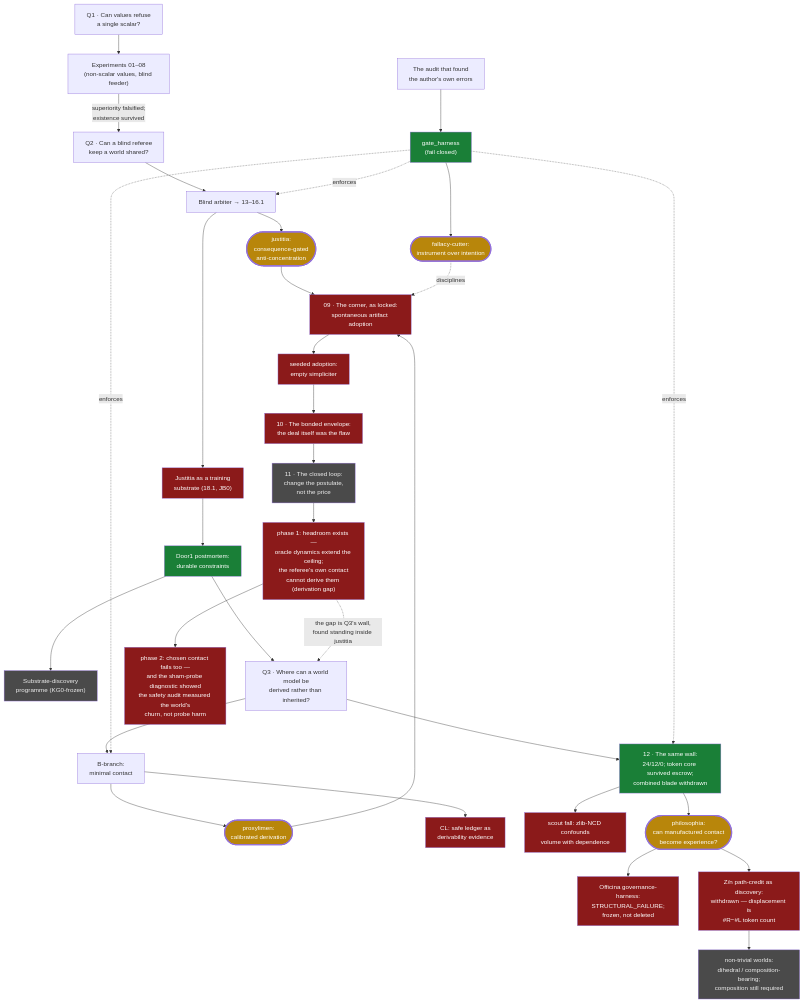
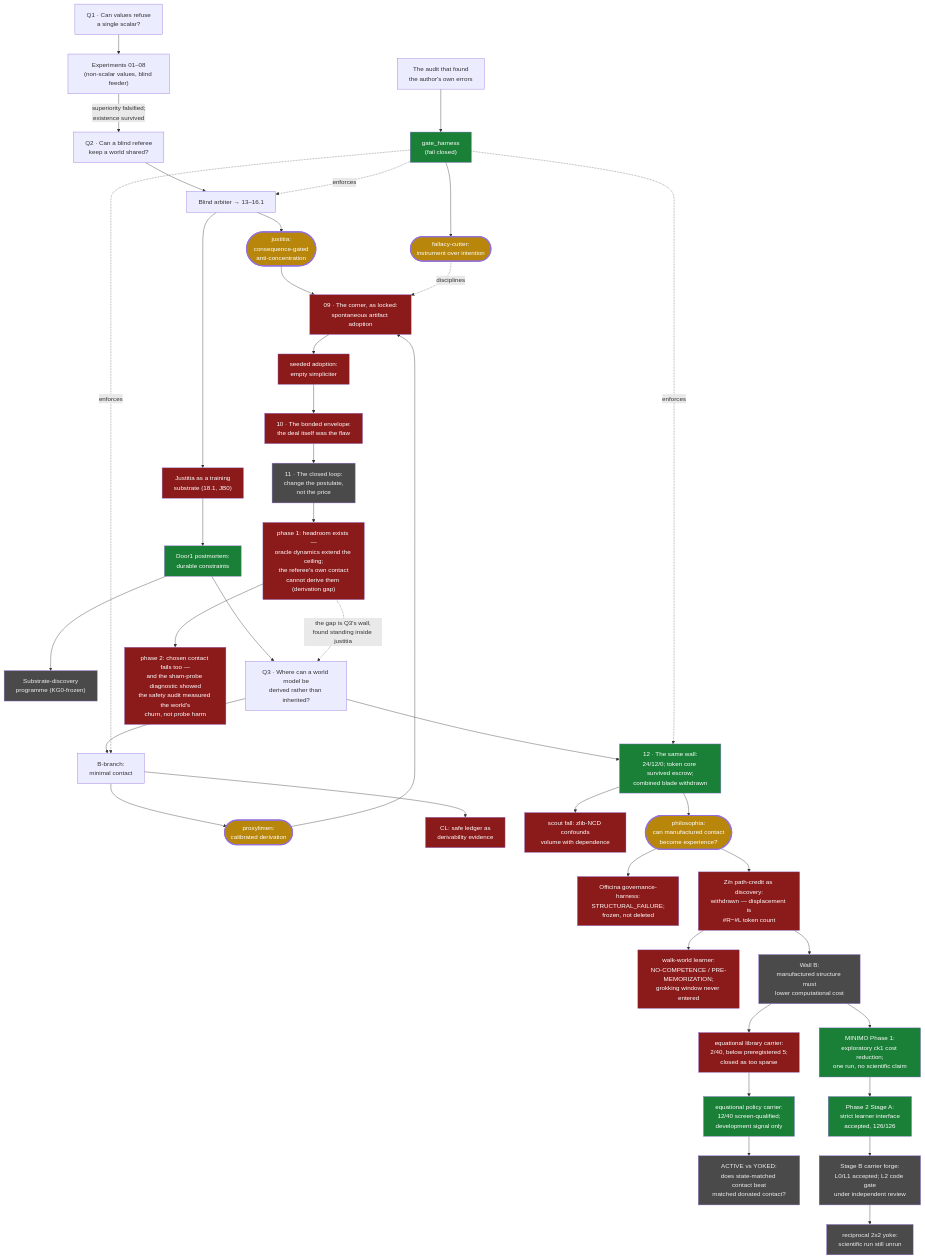
One commit to Kirill-Kruglov/ascesis changed the diagram in README.md. Above: the diagram before and after it, drawn with Mermaid. The commit also changed other lines of this file and 1 other file, not shown here.

Commit message:
docs(ontology): map philosophia successor paths through Stage B

````diff
--- a/README.md
+++ b/README.md
@@ -22,39 +24,47 @@
 ```mermaid
 flowchart TD
     classDef verified fill:#1a7f37,color:#fff
     classDef falsified fill:#8b1a1a,color:#fff
     classDef open fill:#4a4a4a,color:#eee
     classDef concl fill:#b8860b,color:#fff,stroke-width:3px
 
     Q1["Q1 · Can values refuse<br/>a single scalar?"] --> E["Experiments 01–08<br/>(non-scalar values, blind feeder)"]
     E -->|"superiority falsified;<br/>existence survived"| Q2["Q2 · Can a blind referee<br/>keep a world shared?"]
     Q2 --> J["Blind arbiter → 13–16.1"]
     J --> JC(["justitia:<br/>consequence-gated<br/>anti-concentration"]):::concl
     J --> S["Justitia as a training<br/>substrate (18.1, JB0)"]:::falsified
     S --> D1["Door1 postmortem:<br/>durable constraints"]:::verified
     D1 --> SD["Substrate-discovery<br/>programme (KG0-frozen)"]:::open
     D1 --> Q3["Q3 · Where can a world model be<br/>derived rather than inherited?"]
     Q3 --> B["B-branch:<br/>minimal contact"]
     B --> PC(["proxylimen:<br/>calibrated derivation"]):::concl
     B --> CL["CL: safe ledger as<br/>derivability evidence"]:::falsified
     A["The audit that found<br/>the author's own errors"] --> G["gate_harness<br/>(fail closed)"]:::verified
     G --> FC(["fallacy-cutter:<br/>instrument over intention"]):::concl
     G -. enforces .-> J
     G -. enforces .-> B
     PC --> X["09 · The corner, as locked:<br/>spontaneous artifact adoption"]:::falsified
     JC --> X
     FC -. disciplines .-> X
     X --> X2["seeded adoption:<br/>empty simpliciter"]:::falsified
     X2 --> Y["10 · The bonded envelope:<br/>the deal itself was the flaw"]:::falsified
     Y --> Z["11 · The closed loop:<br/>change the postulate,<br/>not the price"]:::open
     Z --> Z1["phase 1: headroom exists —<br/>oracle dynamics extend the ceiling;<br/>the referee's own contact<br/>cannot derive them (derivation gap)"]:::falsified
     Z1 -. "the gap is Q3's wall,<br/>found standing inside justitia" .-> Q3
     Z1 --> Z2["phase 2: chosen contact fails too —<br/>and the sham-probe diagnostic showed<br/>the safety audit measured the world's<br/>churn, not probe harm"]:::falsified
     Q3 --> W["12 · The same wall:<br/>24/12/0; token core survived escrow;<br/>combined blade withdrawn"]:::verified
     W --> W1["scout fall: zlib-NCD confounds<br/>volume with dependence"]:::falsified
     W --> PH(["philosophia:<br/>can manufactured contact<br/>become experience?"]):::concl
     PH --> OH["Officina governance-harness:<br/>STRUCTURAL_FAILURE;<br/>frozen, not deleted"]:::falsified
     PH --> PZ["Z/n path-credit as discovery:<br/>withdrawn — displacement is<br/>#R−#L token count"]:::falsified
-    PZ --> NW["non-trivial worlds:<br/>dihedral / composition-bearing;<br/>composition still required"]:::open
+    PZ --> PG["walk-world learner:<br/>NO-COMPETENCE / PRE-MEMORIZATION;<br/>grokking window never entered"]:::falsified
+    PZ --> WB["Wall B:<br/>manufactured structure must<br/>lower computational cost"]:::open
+    WB --> EL["equational library carrier:<br/>2/40, below preregistered 5;<br/>closed as too sparse"]:::falsified
+    EL --> EP["equational policy carrier:<br/>12/40 screen-qualified;<br/>development signal only"]:::verified
+    EP --> AY["ACTIVE vs YOKED:<br/>does state-matched contact beat<br/>matched donated contact?"]:::open
+    WB --> M1["MINIMO Phase 1:<br/>exploratory ck1 cost reduction;<br/>one run, no scientific claim"]:::verified
+    M1 --> SA["Phase 2 Stage A:<br/>strict learner interface<br/>accepted, 126/126"]:::verified
+    SA --> SB["Stage B carrier forge:<br/>L0/L1 accepted; L2 code gate<br/>under independent review"]:::open
+    SB --> RY["reciprocal 2x2 yoke:<br/>scientific run still unrun"]:::open
     G -. enforces .-> W
 ```
````
